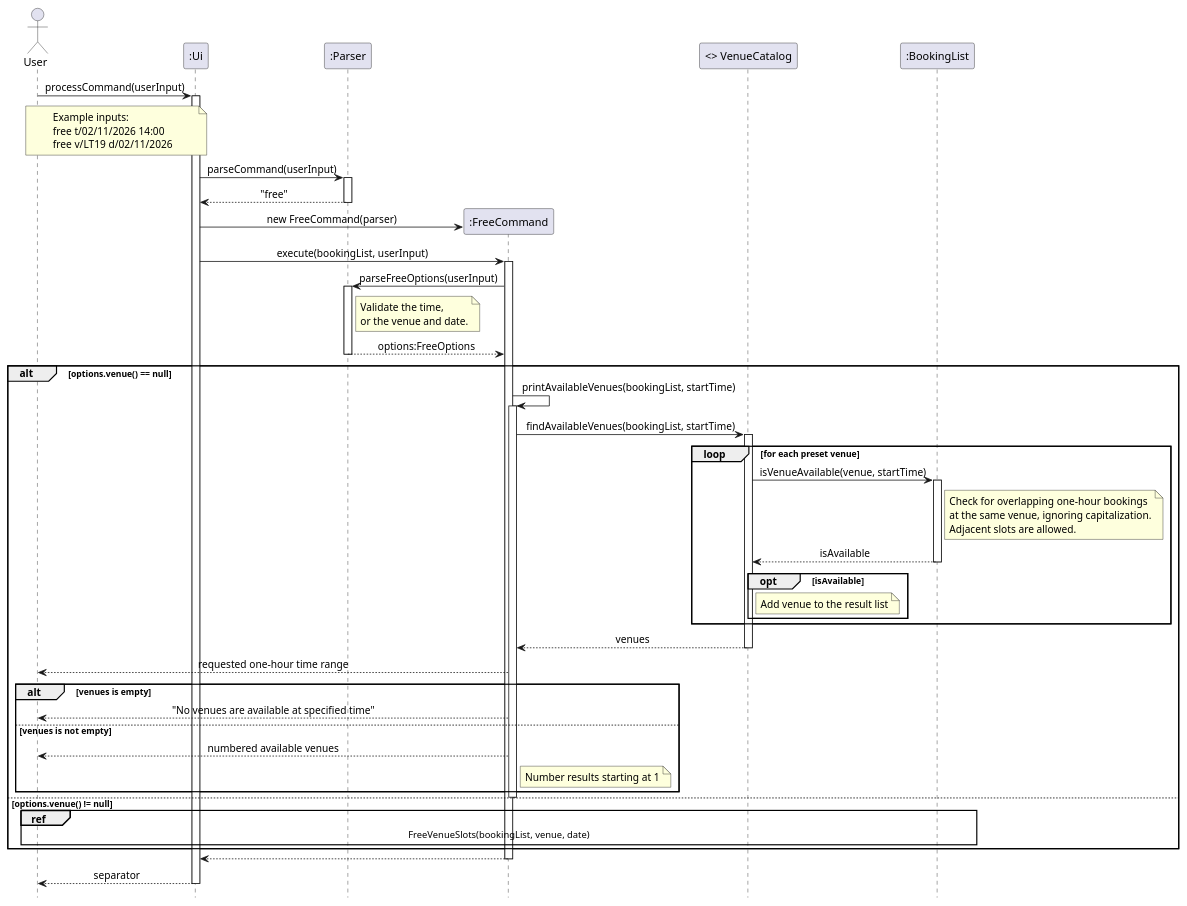
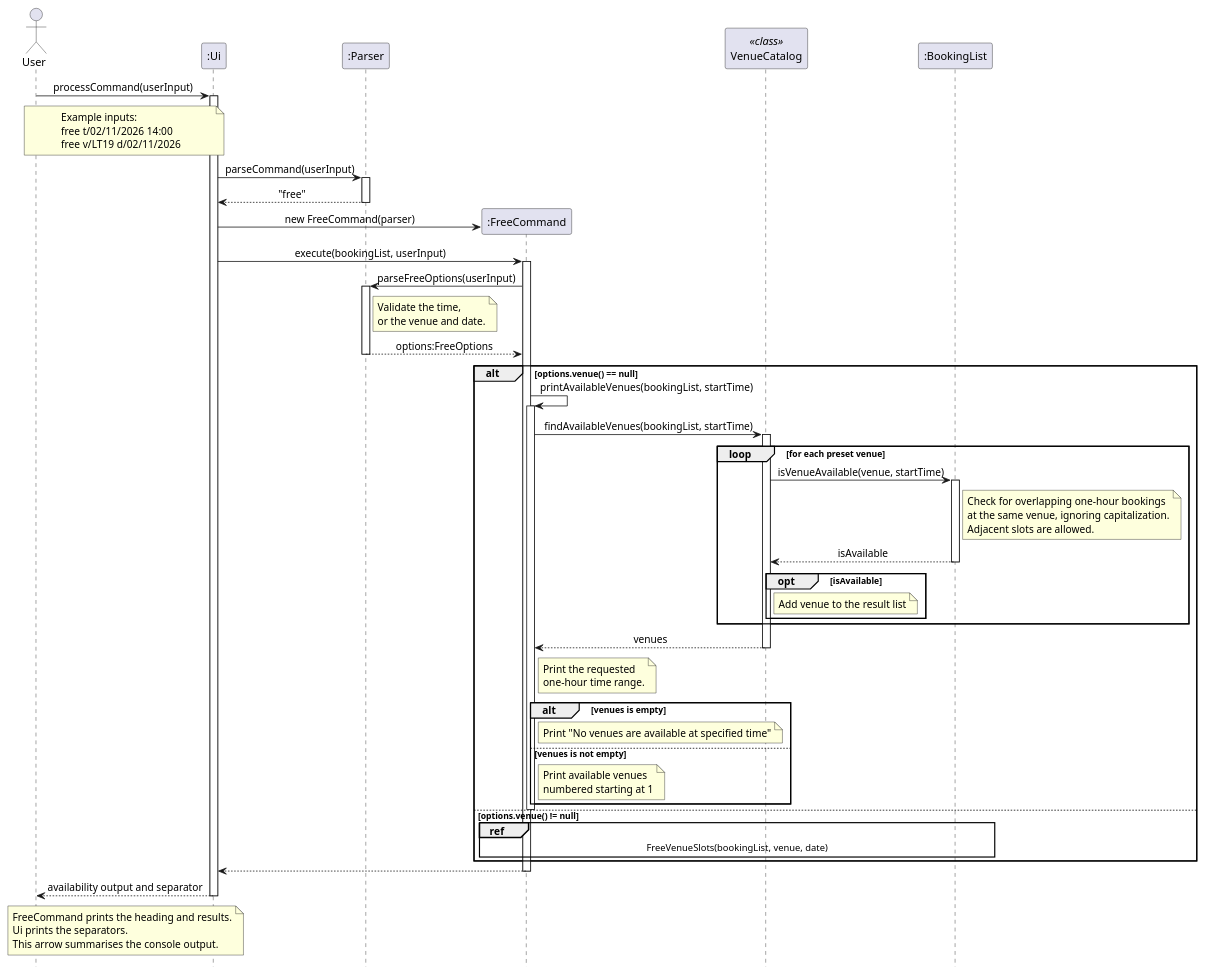
Before and after one commit to AY2627S1-CS2113-W14-2/tp: the diagram in docs/UMLDiagrams/FreeCommandSequenceDiagram.puml, drawn with PlantUML. The commit also changed 8 other files, not shown here.

Commit message:
Updated DG diagrams for free and list commands, updated PPP

```diff
--- a/docs/UMLDiagrams/FreeCommandSequenceDiagram.puml
+++ b/docs/UMLDiagrams/FreeCommandSequenceDiagram.puml
@@ -1,94 +1,108 @@
 @startuml
 skinparam sequenceMessageAlign center
 hide footbox
 
 actor User
 participant ":Ui" as UI
 participant ":Parser" as Parser
 
 User -> UI: processCommand(userInput)
 activate UI
 
 note over User, UI
 Example inputs:
 free t/02/11/2026 14:00
 free v/LT19 d/02/11/2026
 end note
 
 UI -> Parser: parseCommand(userInput)
 activate Parser
 Parser --> UI: "free"
 deactivate Parser
 
 create participant ":FreeCommand" as Free
 UI -> Free: new FreeCommand(parser)
 
-participant "<> VenueCatalog" as Catalog
+participant "VenueCatalog" as Catalog <<class>>
 participant ":BookingList" as Bookings
 
 UI -> Free: execute(bookingList, userInput)
 activate Free
 
 Free -> Parser: parseFreeOptions(userInput)
 activate Parser
 
 note right of Parser
 Validate the time,
 or the venue and date.
 end note
 
 Parser --> Free: options:FreeOptions
 deactivate Parser
 
 alt options.venue() == null
     Free -> Free: printAvailableVenues(bookingList, startTime)
     activate Free
 
     Free -> Catalog: findAvailableVenues(bookingList, startTime)
     activate Catalog
 
     loop for each preset venue
         Catalog -> Bookings: isVenueAvailable(venue, startTime)
         activate Bookings
 
         note right of Bookings
         Check for overlapping one-hour bookings
         at the same venue, ignoring capitalization.
         Adjacent slots are allowed.
         end note
 
         Bookings --> Catalog: isAvailable
         deactivate Bookings
 
         opt isAvailable
             note right of Catalog: Add venue to the result list
         end
     end
 
     Catalog --> Free: venues
     deactivate Catalog
 
-    Free --> User: requested one-hour time range
+    note right of Free
+       Print the requested
+       one-hour time range.
+    end note
 
     alt venues is empty
-        Free --> User: "No venues are available at specified time"
+        note right of Free
+        Print "No venues are available at specified time"
+        end note
     else venues is not empty
-        Free --> User: numbered available venues
-        note right of Free: Number results starting at 1
+        note right of Free
+        Print available venues
+        numbered starting at 1
+        end note
     end
 
     deactivate Free
 
 else options.venue() != null
-    ref over User, Bookings
+    ref over Free, Bookings
         FreeVenueSlots(bookingList, venue, date)
     end ref
 end
 
 Free --> UI
 deactivate Free
 
-UI --> User: separator
+UI --> User: availability output and separator
+
+note over User, UI
+FreeCommand prints the heading and results.
+Ui prints the separators.
+This arrow summarises the console output.
+end note
+
+
 deactivate UI
-
 @enduml
```
